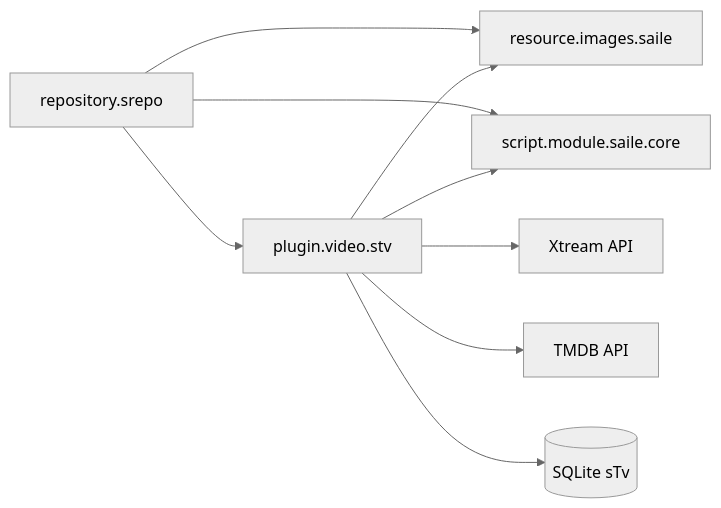
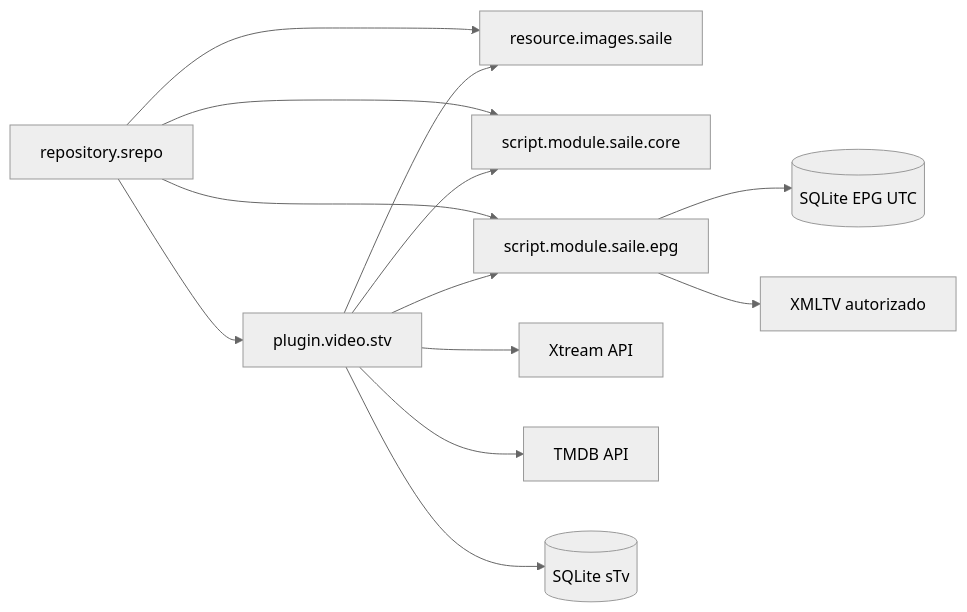
The diagram in ROADMAP_ARCHITECTURE.md (Bruno1991/sKodi_Addon), drawn with Mermaid (neutral theme) before and after one commit. The commit also changed other lines of this file and 95 other files, not shown here.

Commit message:
feat(stv): modulariza EPG e padroniza InfoWall

````diff
--- a/ROADMAP_ARCHITECTURE.md
+++ b/ROADMAP_ARCHITECTURE.md
@@ -5,12 +5,16 @@
 ```mermaid
 flowchart LR
   REPO[repository.srepo] --> ART[resource.images.saile]
   REPO --> CORE[script.module.saile.core]
+  REPO --> EPG[script.module.saile.epg]
   REPO --> STV[plugin.video.stv]
   STV --> CORE
+  STV --> EPG
   STV --> ART
 
   STV --> X[Xtream API]
   STV --> T[TMDB API]
   STV --> DB1[(SQLite sTv)]
+  EPG --> DB2[(SQLite EPG UTC)]
+  EPG --> XTV[XMLTV autorizado]
 ```
````
